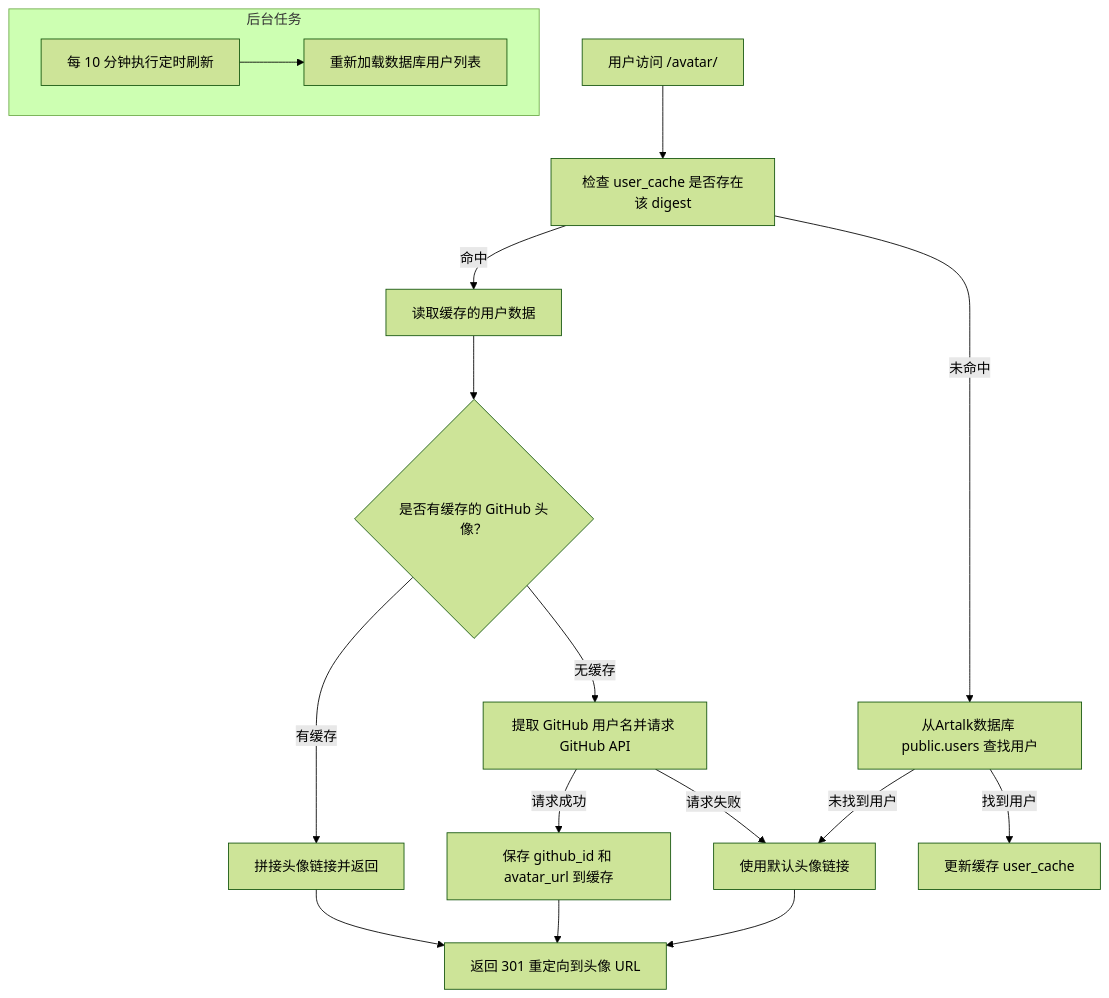
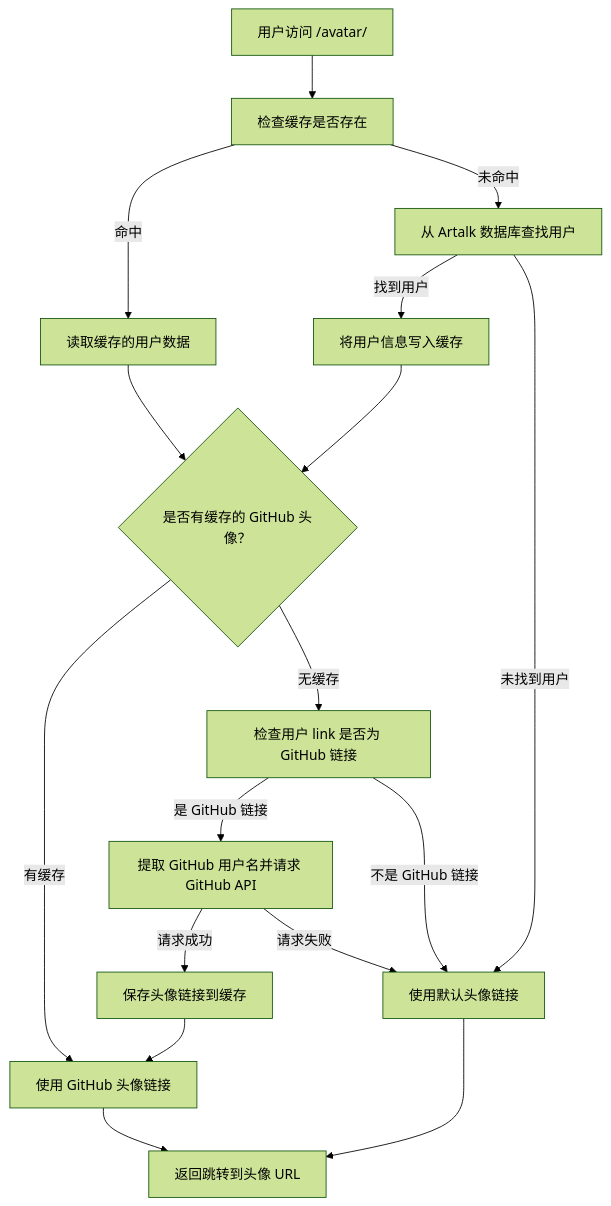
The diagram in PrivacyPolicy.md (huangsam04/ns-wiki), drawn with Mermaid (forest theme) before and after one commit. The commit also changed other lines of this file, not shown here.

Commit message:
docs: update PrivacyPolicy

````diff
--- a/PrivacyPolicy.md
+++ b/PrivacyPolicy.md
@@ -40,25 +40,25 @@
 ```mermaid
 graph TD
-    A["用户访问 /avatar/<digest>"] --> B["检查 user_cache 是否存在该 digest"]
+    A["用户访问 /avatar/<digest>"] --> B["检查缓存是否存在"]
 
     B -->|"命中"| C["读取缓存的用户数据"]
     C --> D{"是否有缓存的 GitHub 头像？"}
-    D -->|"有缓存"| E["拼接头像链接并返回"]
-    D -->|"无缓存"| F["提取 GitHub 用户名并请求 GitHub API"]
+    D -->|"有缓存"| E["使用 GitHub 头像链接"]
+    D -->|"无缓存"| F["检查用户 link 是否为 GitHub 链接"]
 
-    F -->|"请求成功"| G["保存 github_id 和 avatar_url 到缓存"]
-    F -->|"请求失败"| H["使用默认头像链接"]
+    F -->|"是 GitHub 链接"| G["提取 GitHub 用户名并请求 GitHub API"]
+    F -->|"不是 GitHub 链接"| H["使用默认头像链接"]
 
-    B -->|"未命中"| I["从Artalk数据库 public.users 查找用户"]
-    I -->|"找到用户"| J["更新缓存 user_cache"]
-    I -->|"未找到用户"| H
+    G -->|"请求成功"| I["保存头像链接到缓存"]
+    G -->|"请求失败"| H
 
-    E --> K["返回 301 重定向到头像 URL"]
-    G --> K
-    H --> K
+    I --> E
+    H --> L["准备跳转链接"]
 
-    subgraph 后台任务
-        L["每 10 分钟执行定时刷新"] --> M["重新加载数据库用户列表"]
-    end
+    B -->|"未命中"| J["从 Artalk 数据库查找用户"]
+    J -->|"找到用户"| K["将用户信息写入缓存"]
+    J -->|"未找到用户"| H
 
+    K --> D
+    E --> L["返回跳转到头像 URL"]
 ```
````
